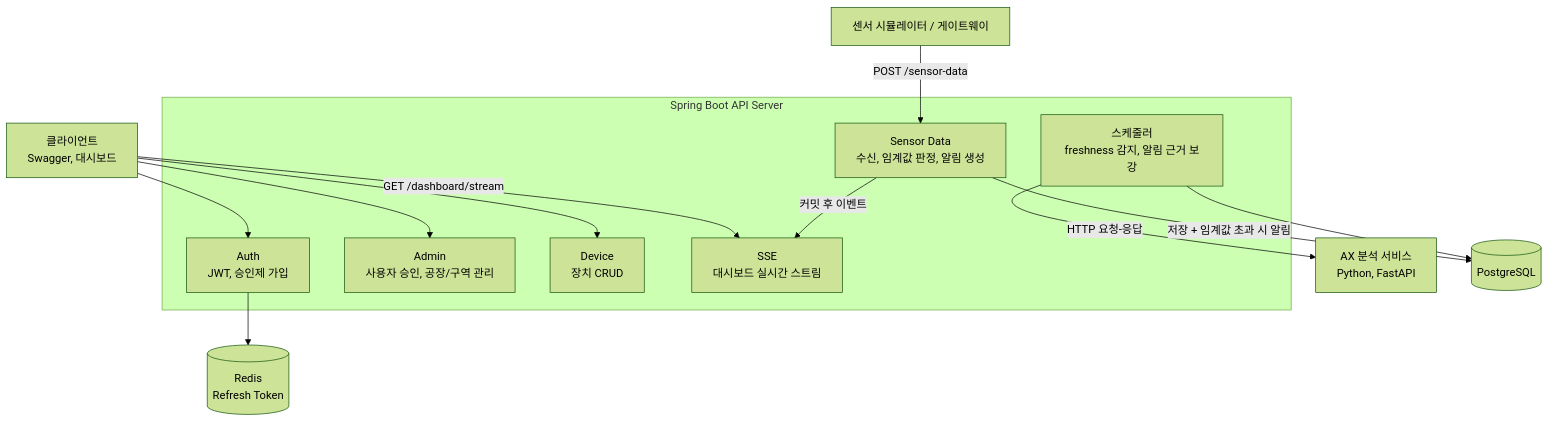
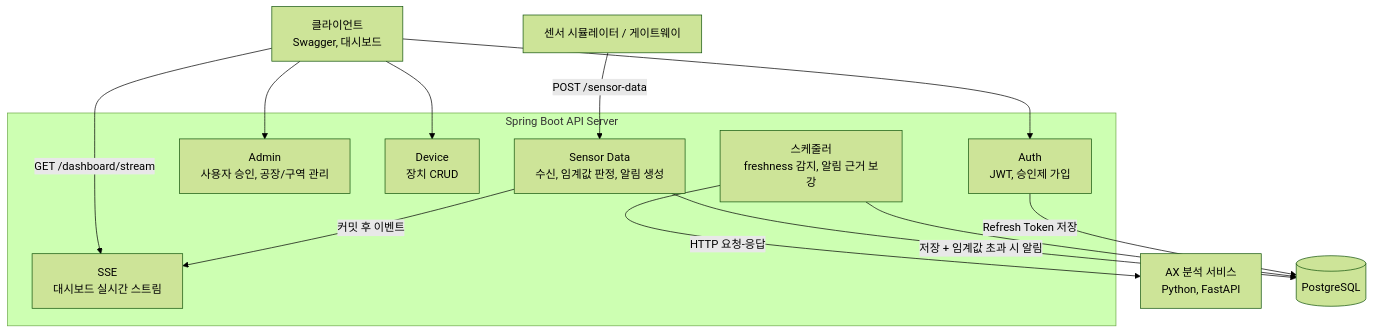
Before and after one commit to YEONJI-P/iot-sensor-platform: the second of 3 diagrams in README.md, drawn with Mermaid (forest theme). The commit also changed other lines of this file and 11 other files, not shown here.

First line of the commit message:
refactor(auth): Refresh Token 저장소를 Redis→Postgres로 이전, Redis 의존 제거

````diff
--- a/README.md
+++ b/README.md
@@ -91,29 +90,28 @@
 ```mermaid
 graph TD
     SIM[센서 시뮬레이터 / 게이트웨이]
     CLI[클라이언트<br>Swagger, 대시보드]
 
     subgraph API[Spring Boot API Server]
         AUTH[Auth<br>JWT, 승인제 가입]
         ADMIN[Admin<br>사용자 승인, 공장/구역 관리]
         DEVICE[Device<br>장치 CRUD]
         SENSOR[Sensor Data<br>수신, 임계값 판정, 알림 생성]
         SSE[SSE<br>대시보드 실시간 스트림]
         SCHED[스케줄러<br>freshness 감지, 알림 근거 보강]
     end
 
     AX[AX 분석 서비스<br>Python, FastAPI]
     DB[(PostgreSQL)]
-    REDIS[(Redis<br>Refresh Token)]
 
     SIM -->|POST /sensor-data| SENSOR
     CLI --> AUTH
     CLI --> ADMIN
     CLI --> DEVICE
     CLI -->|GET /dashboard/stream| SSE
     SENSOR -->|저장 + 임계값 초과 시 알림| DB
     SENSOR -->|커밋 후 이벤트| SSE
     SCHED -->|HTTP 요청-응답| AX
     SCHED --> DB
-    AUTH --> REDIS
+    AUTH -->|Refresh Token 저장| DB
 ```
````
